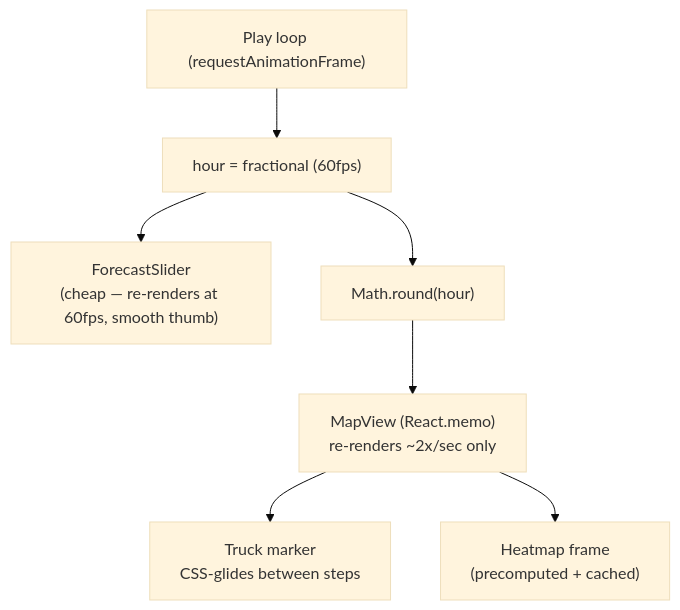
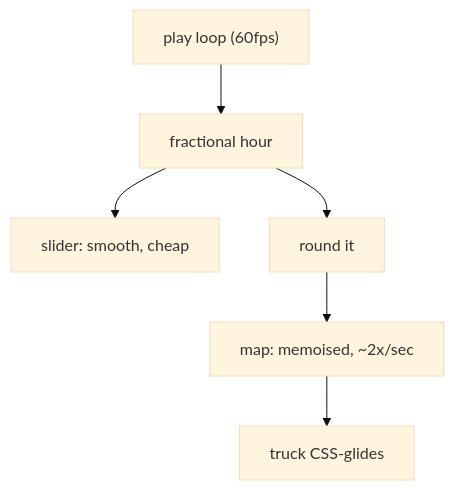
The fifth of 5 diagrams in docs/WALKTHROUGH.md (Maham-Anwaar/truck-routing), drawn with Mermaid (base theme) before and after one commit. The commit also changed other lines of this file, not shown here.

````diff
--- a/docs/WALKTHROUGH.md
+++ b/docs/WALKTHROUGH.md
@@ -279,9 +185,8 @@
 ```mermaid
 flowchart TD
-    Play["Play loop (requestAnimationFrame)"] --> H["hour = fractional (60fps)"]
-    H --> Slider["ForecastSlider<br/>(cheap — re-renders at 60fps, smooth thumb)"]
-    H --> Round["Math.round(hour)"]
-    Round --> Map["MapView (React.memo)<br/>re-renders ~2x/sec only"]
-    Map --> Truck["Truck marker<br/>CSS-glides between steps"]
-    Map --> Heat["Heatmap frame<br/>(precomputed + cached)"]
+    Play["play loop (60fps)"] --> H["fractional hour"]
+    H --> Slider["slider: smooth, cheap"]
+    H --> Rnd["round it"]
+    Rnd --> Map["map: memoised, ~2x/sec"]
+    Map --> Truck["truck CSS-glides"]
 ```
````
